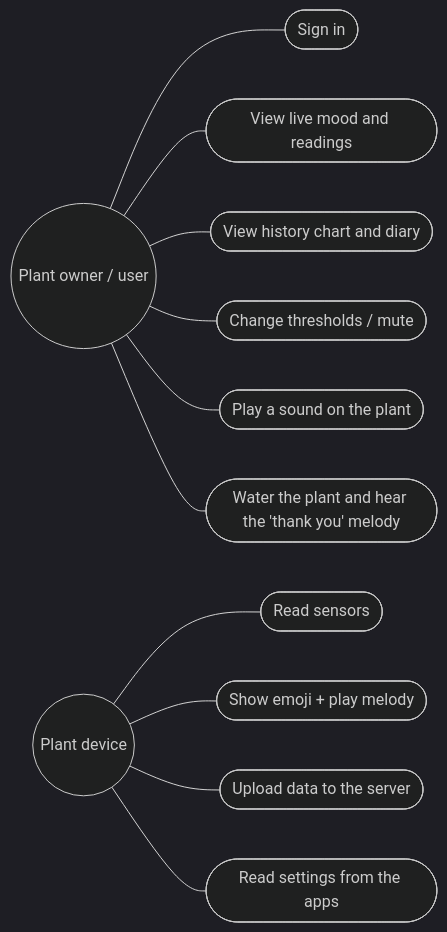
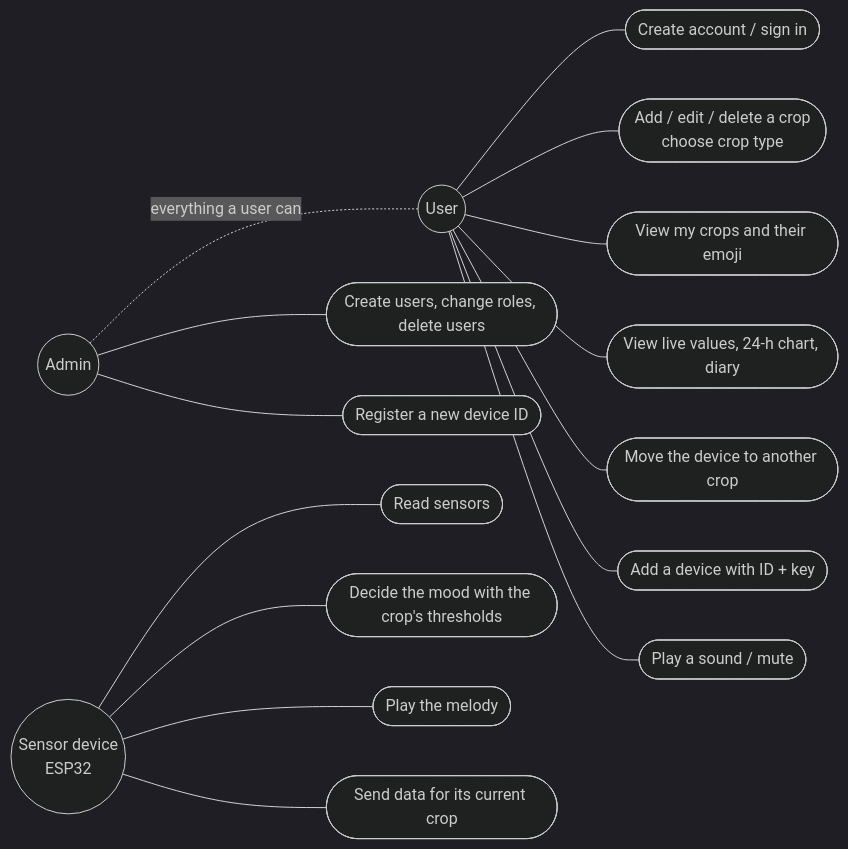
The first of 3 diagrams in rayy-mysql/docs/01-requirements.md (HassanDiab95/CLAUDE), drawn with Mermaid (dark theme) before and after one commit. The commit also changed other lines of this file and 75 other files, not shown here.

First line of the commit message:
ري smart farming: many crops, movable device, sign-up and admin users (MySQL version)

````diff
--- a/rayy-mysql/docs/01-requirements.md
+++ b/rayy-mysql/docs/01-requirements.md
@@ -96,15 +120,20 @@
 ```mermaid
 flowchart LR
-  U((Plant owner / user))
-  P((Plant device))
-  U --- UC1([Sign in])
-  U --- UC2([View live mood and readings])
-  U --- UC3([View history chart and diary])
-  U --- UC4([Change thresholds / mute])
-  U --- UC5([Play a sound on the plant])
-  U --- UC6([Water the plant and hear the 'thank you' melody])
-  P --- UC7([Read sensors])
-  P --- UC8([Show emoji + play melody])
-  P --- UC9([Upload data to the server])
-  P --- UC10([Read settings from the apps])
+  U((User))
+  A((Admin))
+  D((Sensor device<br/>ESP32))
+  U --- UC1([Create account / sign in])
+  U --- UC2([Add / edit / delete a crop<br/>choose crop type])
+  U --- UC3([View my crops and their emoji])
+  U --- UC4([View live values, 24-h chart, diary])
+  U --- UC5([Move the device to another crop])
+  U --- UC6([Add a device with ID + key])
+  U --- UC7([Play a sound / mute])
+  A --- UC8([Create users, change roles, delete users])
+  A --- UC9([Register a new device ID])
+  A -. "everything a user can" .- U
+  D --- UC10([Read sensors])
+  D --- UC11([Decide the mood with the crop's thresholds])
+  D --- UC12([Play the melody])
+  D --- UC13([Send data for its current crop])
 ```
````
